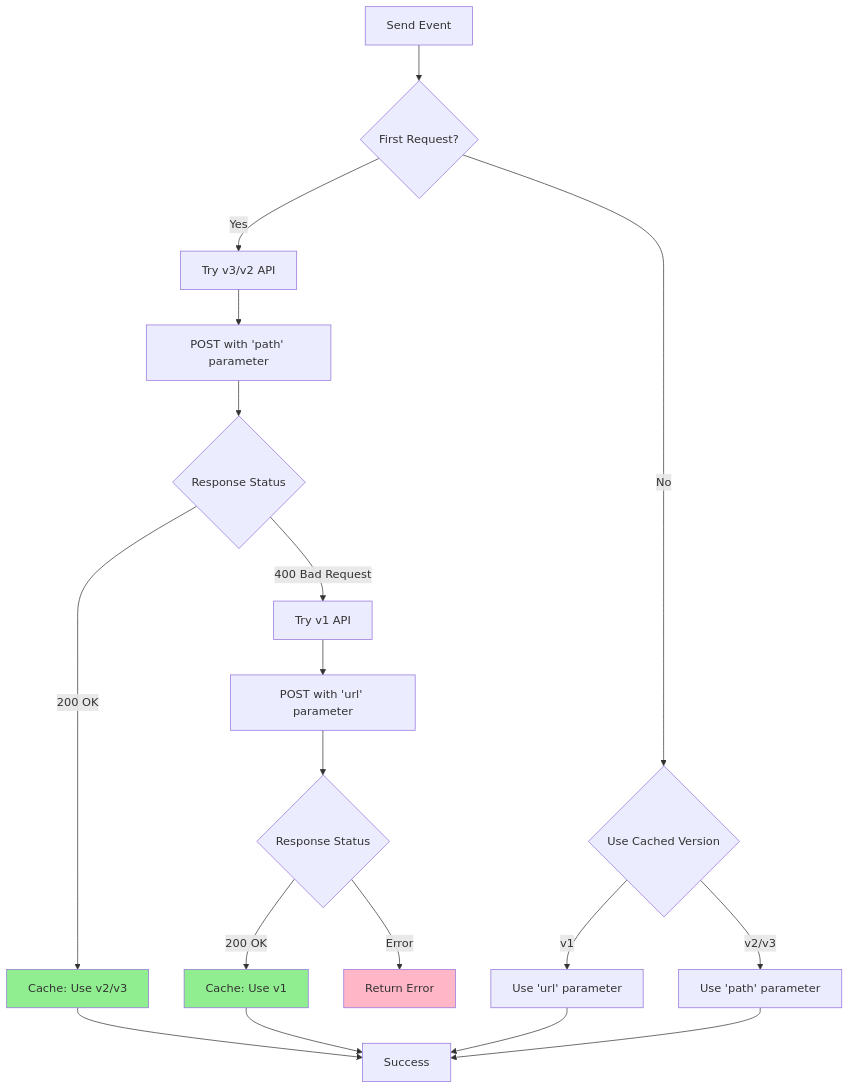
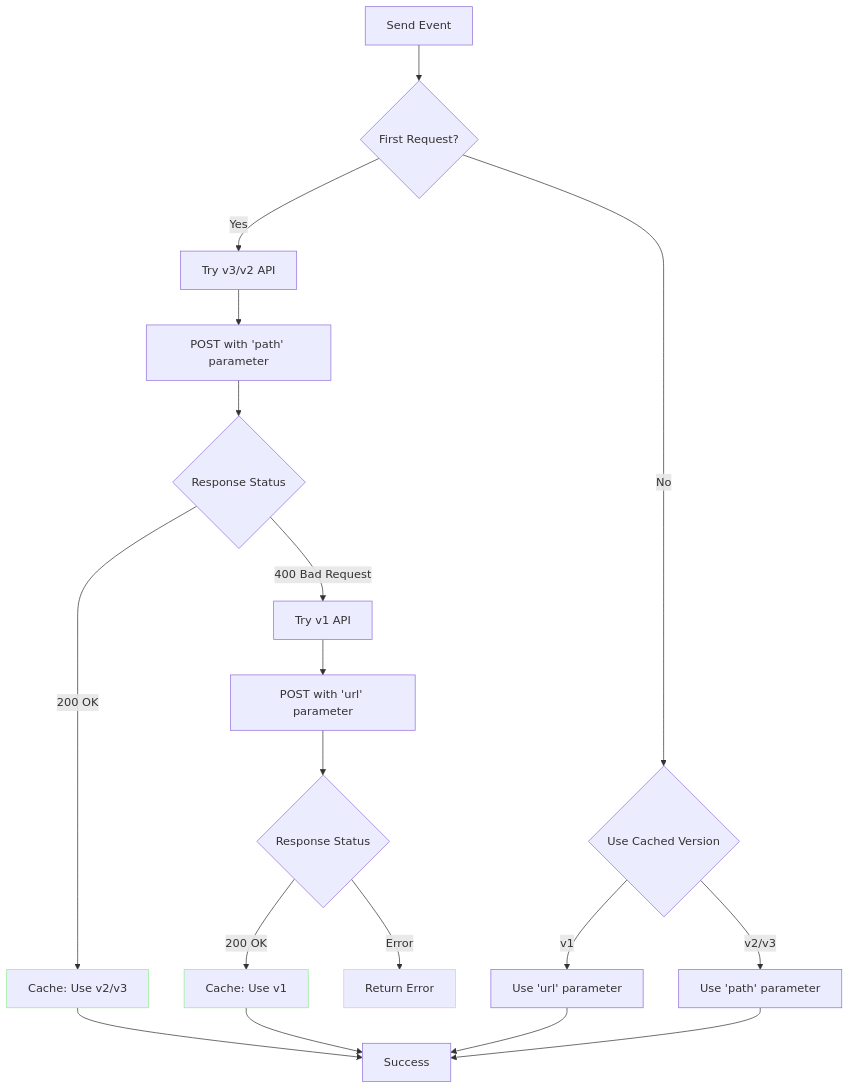
The fourth of 7 diagrams in Umami.Net/README.md (Shaddix/mostlylucidweb), drawn with Mermaid before and after one commit. The commit also changed other lines of this file and 47 other files, not shown here.

````diff
--- a/Umami.Net/README.md
+++ b/Umami.Net/README.md
@@ -230,30 +230,30 @@
 ```mermaid
 flowchart TD
     A[Send Event] --> B{First Request?}
     B -->|Yes| C[Try v3/v2 API]
     B -->|No| D{Use Cached Version}
 
     C --> E[POST with 'path' parameter]
     E --> F{Response Status}
 
     F -->|200 OK| G[Cache: Use v2/v3]
     F -->|400 Bad Request| H[Try v1 API]
 
     H --> I[POST with 'url' parameter]
     I --> J{Response Status}
 
     J -->|200 OK| K[Cache: Use v1]
     J -->|Error| L[Return Error]
 
     D -->|v1| M[Use 'url' parameter]
     D -->|v2/v3| N[Use 'path' parameter]
 
     G --> O[Success]
     K --> O
     M --> O
     N --> O
 
-    style G fill:#90EE90
-    style K fill:#90EE90
-    style L fill:#FFB6C6
+    style G stroke:#90EE90
+    style K stroke:#90EE90
+    style L stroke:#FFB6C6
 ```
````
